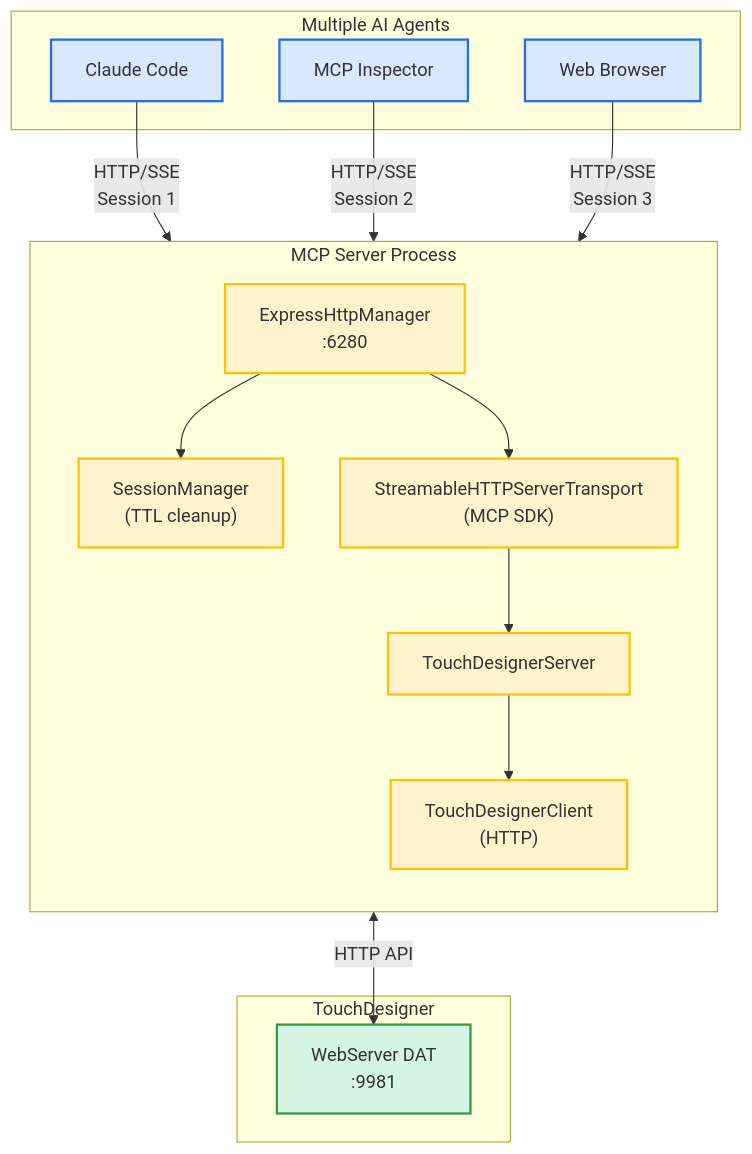
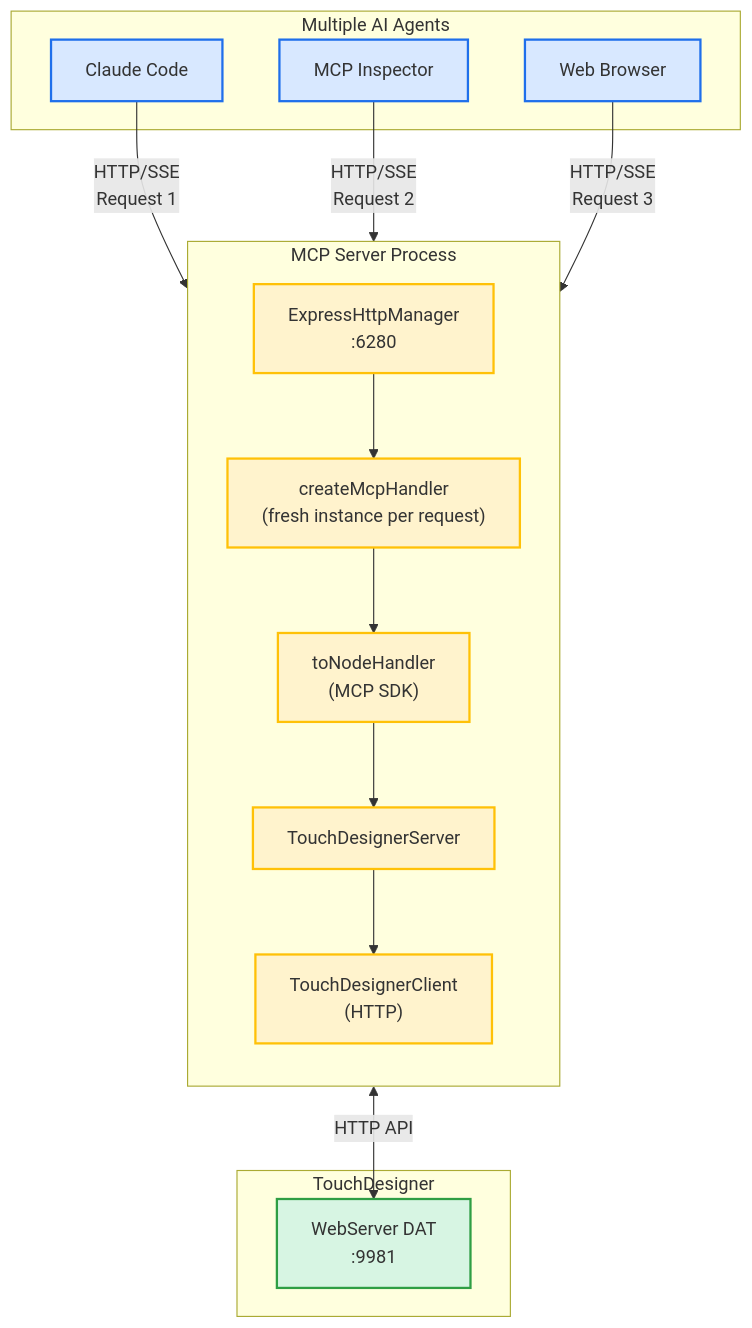
The third of 9 diagrams in docs/architecture.md (8beeeaaat/touchdesigner-mcp), drawn with Mermaid before and after one commit. The commit also changed other lines of this file and 42 other files, not shown here.

First line of the commit message:
feat: support MCP protocol revision 2026-07-28 (SDK v2, stateless transports) (#206)

````diff
--- a/docs/architecture.md
+++ b/docs/architecture.md
@@ -132,40 +128,40 @@
 ```mermaid
 flowchart TB
     subgraph Clients ["Multiple AI Agents"]
         C1["Claude Code"]
         C2["MCP Inspector"]
         C3["Web Browser"]
     end
 
     subgraph Server ["MCP Server Process"]
         direction TB
         S1["ExpressHttpManager<br/>:6280"]
-        S2["SessionManager<br/>(TTL cleanup)"]
-        S3["StreamableHTTPServerTransport<br/>(MCP SDK)"]
+        S2["createMcpHandler<br/>(fresh instance per request)"]
+        S3["toNodeHandler<br/>(MCP SDK)"]
         S4["TouchDesignerServer"]
         S5["TouchDesignerClient<br/>(HTTP)"]
 
         S1 --> S2
-        S1 --> S3
+        S2 --> S3
         S3 --> S4
         S4 --> S5
     end
 
     subgraph TD ["TouchDesigner"]
         T1["WebServer DAT<br/>:9981"]
     end
 
-    C1 -->|"HTTP/SSE<br/>Session 1"| S1
-    C2 -->|"HTTP/SSE<br/>Session 2"| S1
-    C3 -->|"HTTP/SSE<br/>Session 3"| S1
+    C1 -->|"HTTP/SSE<br/>Request 1"| S1
+    C2 -->|"HTTP/SSE<br/>Request 2"| S1
+    C3 -->|"HTTP/SSE<br/>Request 3"| S1
 
     S5 <-->|"HTTP API"| T1
 
     classDef client fill:#d8e8ff,stroke:#1f6feb,stroke-width:2px
     classDef server fill:#fff3cd,stroke:#ffc107,stroke-width:2px
     classDef td fill:#d7f5e3,stroke:#2f9e44,stroke-width:2px
 
     class C1,C2,C3 client
     class S1,S2,S3,S4,S5 server
     class T1 td
 ```
````
